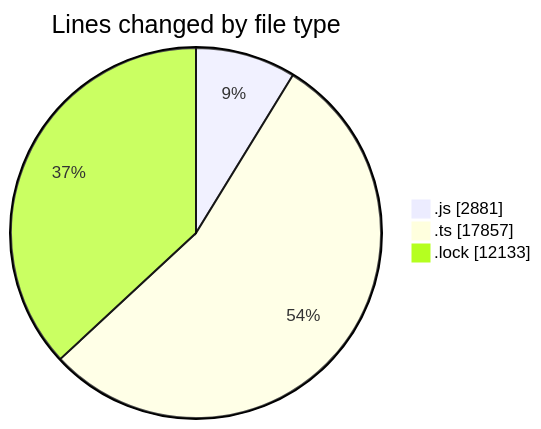
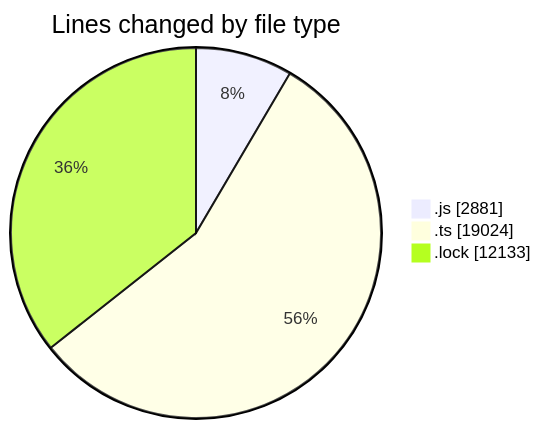
The first of 2 diagrams in 2025-08-12/cda/README.md (momahboobian/code-tracking), drawn with Mermaid before and after one commit. The commit also changed other lines of this file and 1 other file, not shown here.

````diff
--- a/2025-08-12/cda/README.md
+++ b/2025-08-12/cda/README.md
@@ -39,7 +40,7 @@
 ```mermaid
 pie showData
 title Lines changed by file type
 ".js" : 2881
-".ts" : 17857
+".ts" : 19024
 ".lock" : 12133
 ```
````
